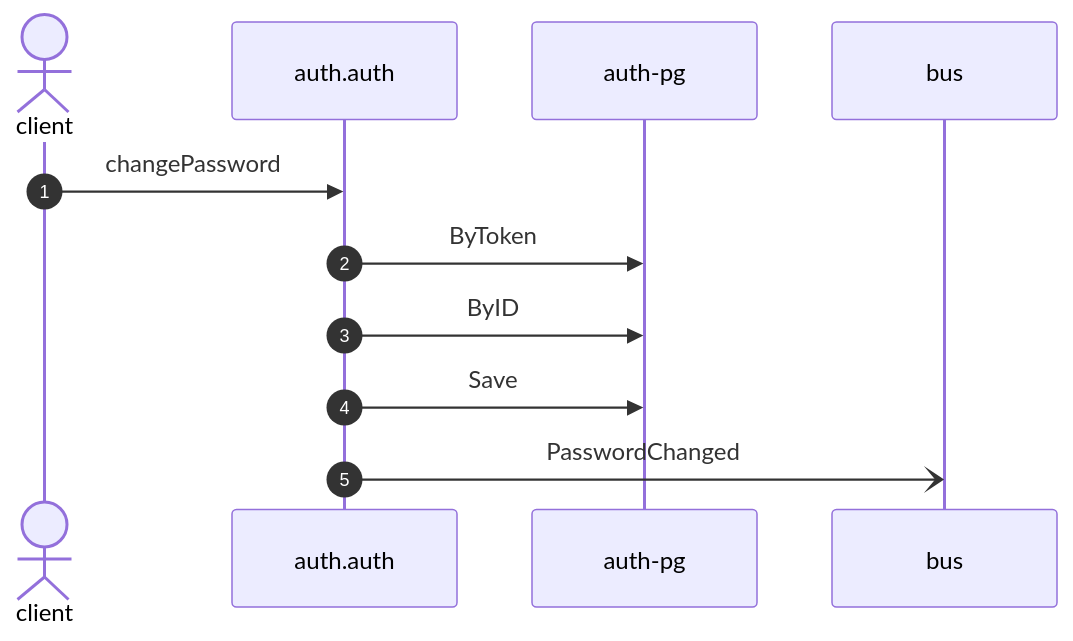
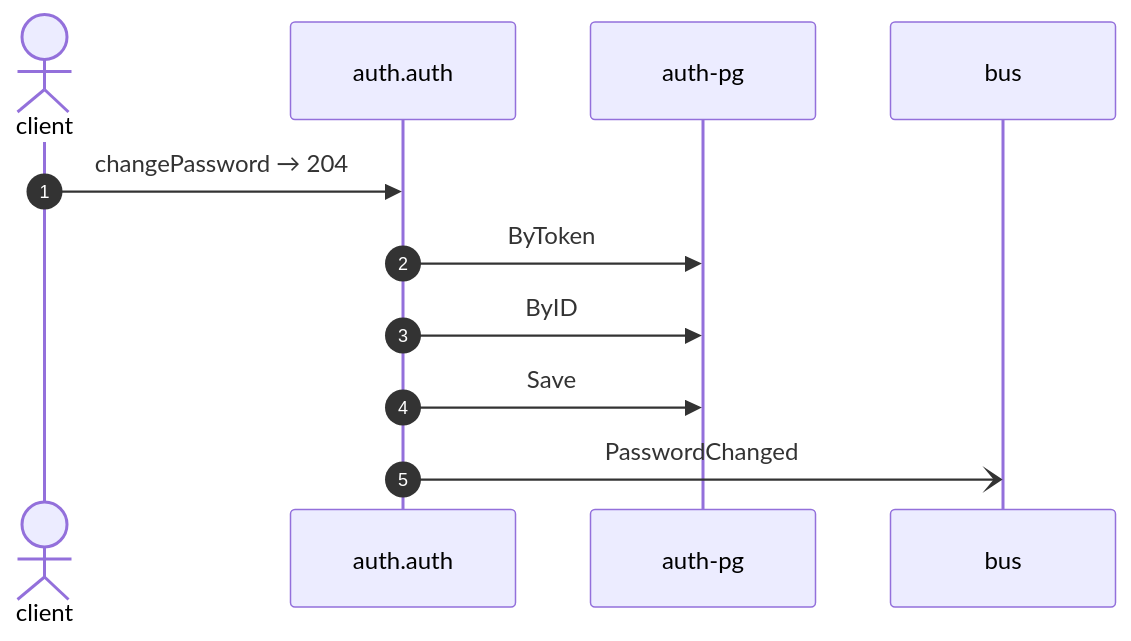
The diagram in docs/flows/auth-change-password.md (shortlink-org/portolan), drawn with Mermaid before and after one commit. The commit also changed other lines of this file and 87 other files, not shown here.

````diff
--- a/docs/flows/auth-change-password.md
+++ b/docs/flows/auth-change-password.md
@@ -22,13 +22,13 @@
 ```mermaid
 sequenceDiagram
     autonumber
     actor p0 as client
     participant p1 as auth.auth
     participant p2 as auth-pg
     participant p3 as bus
-    p0->>p1: changePassword
+    p0->>p1: changePassword → 204
     p1->>p2: ByToken
     p1->>p2: ByID
     p1->>p2: Save
     p1-)p3: PasswordChanged
 ```
````
